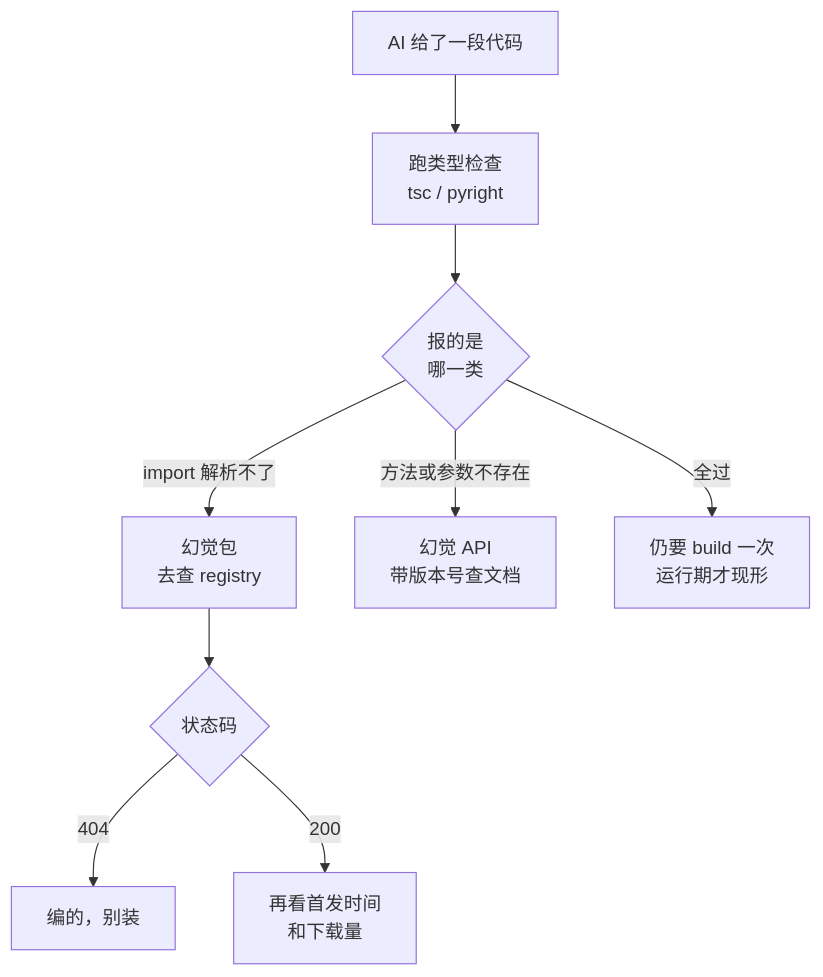
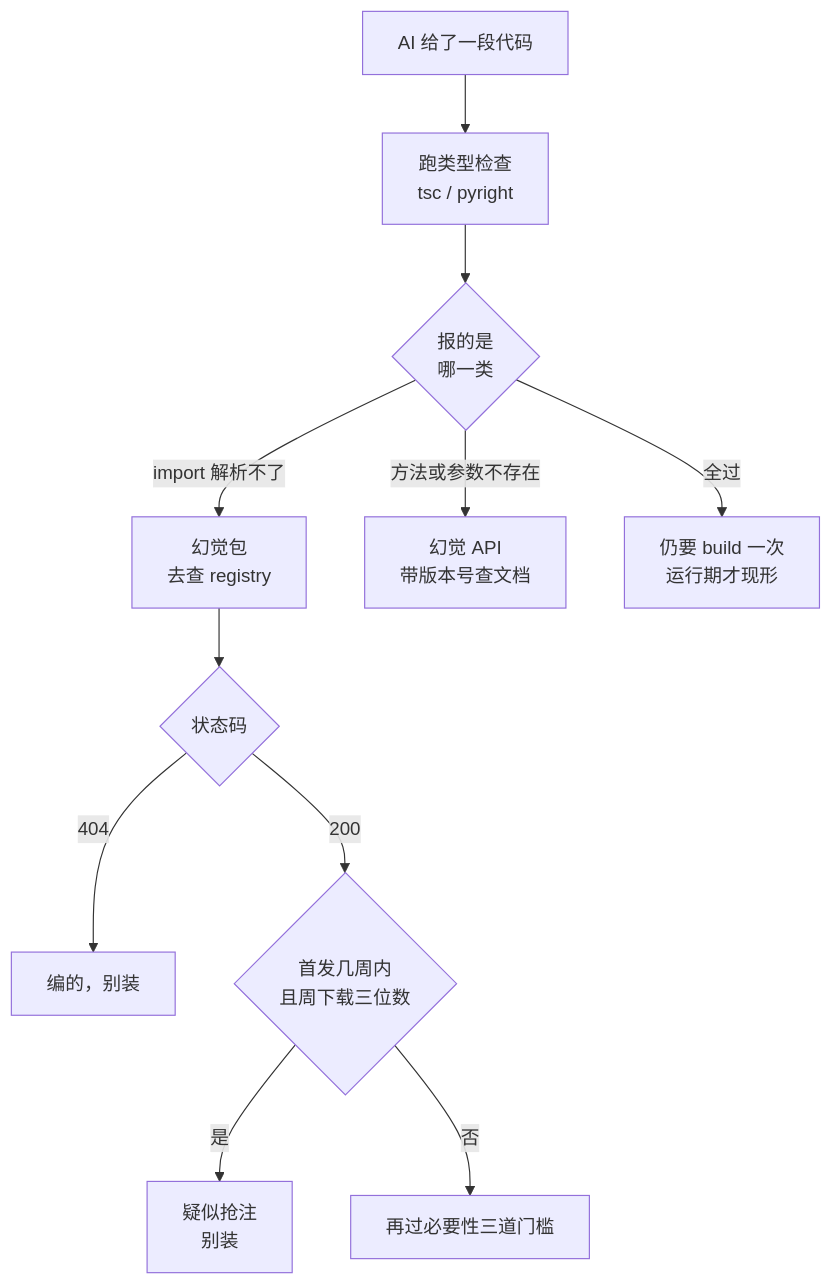
The diagram in 05-质量保证/042-幻觉API与幻觉依赖.md (BigKunLun/AI-Coding-Playbook), drawn with Mermaid before and after one commit. The commit also changed other lines of this file and 41 other files, not shown here.

First line of the commit message:
docs: 全库 40 篇 mermaid 补一句话图注，配图规范落地并进校验脚本

````diff
--- a/05-质量保证/042-幻觉API与幻觉依赖.md
+++ b/05-质量保证/042-幻觉API与幻觉依赖.md
@@ -16,11 +16,13 @@
 ```mermaid
 flowchart TD
     A[AI 给了一段代码] --> B["跑类型检查<br/>tsc / pyright"]
     B --> C{报的是<br/>哪一类}
     C -->|import 解析不了| D[幻觉包<br/>去查 registry]
     C -->|方法或参数不存在| E[幻觉 API<br/>带版本号查文档]
     C -->|全过| F[仍要 build 一次<br/>运行期才现形]
     D --> G{状态码}
     G -->|404| H[编的，别装]
-    G -->|200| I[再看首发时间<br/>和下载量]
+    G -->|200| I{首发几周内<br/>且周下载三位数}
+    I -->|是| J[疑似抢注<br/>别装]
+    I -->|否| K[再过必要性三道门槛]
 ```
````
